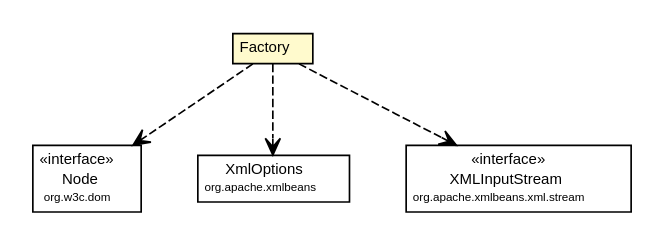
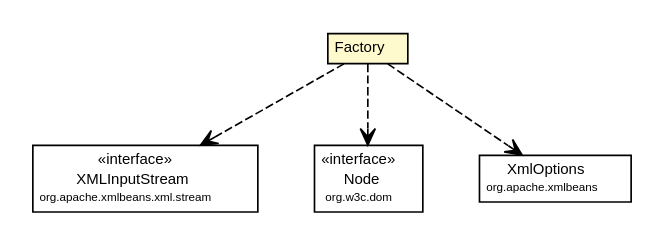
The diagram in site/apidocs/org/synchronoss/cpo/cassandra/cpoCassandraConfig/CtCredentials.Factory.dot (synchronoss/cpo-api), drawn with Graphviz before and after one commit. The commit also changed 874 other files, not shown here.

```diff
--- a/site/apidocs/org/synchronoss/cpo/cassandra/cpoCassandraConfig/CtCredentials.Factory.dot
+++ b/site/apidocs/org/synchronoss/cpo/cassandra/cpoCassandraConfig/CtCredentials.Factory.dot
@@ -1,45 +1,45 @@
 #!/usr/local/bin/dot
 #
 # Class diagram 
 # Generated by UmlGraph version 4.6 (http://www.spinellis.gr/sw/umlgraph)
 #
 
 digraph G {
 	edge [fontname="Helvetica",fontsize=10,labelfontname="Helvetica",labelfontsize=10];
 	node [fontname="Helvetica",fontsize=10,shape=plaintext];
 	// org.synchronoss.cpo.cassandra.cpoCassandraConfig.CtCredentials.Factory
 	c51012 [label=<<table border="0" cellborder="1" cellspacing="0" cellpadding="2" port="p" bgcolor="lemonChiffon" href="./CtCredentials.Factory.html">
 		<tr><td><table border="0" cellspacing="0" cellpadding="1">
 			<tr><td> Factory </td></tr>
 		</table></td></tr>
 		</table>>, fontname="Helvetica", fontcolor="black", fontsize=9.0];
+	// org.synchronoss.cpo.cassandra.cpoCassandraConfig.CtCredentials.Factory DEPEND org.apache.xmlbeans.xml.stream.XMLInputStream
+	c51012:p -> c51027:p [taillabel="", label="", headlabel="", fontname="Helvetica", fontcolor="black", fontsize=10.0, color="black", arrowhead=open, style=dashed];
 	// org.synchronoss.cpo.cassandra.cpoCassandraConfig.CtCredentials.Factory DEPEND org.w3c.dom.Node
-	c51012:p -> c51027:p [taillabel="", label="", headlabel="", fontname="Helvetica", fontcolor="black", fontsize=10.0, color="black", arrowhead=open, style=dashed];
+	c51012:p -> c51028:p [taillabel="", label="", headlabel="", fontname="Helvetica", fontcolor="black", fontsize=10.0, color="black", arrowhead=open, style=dashed];
 	// org.synchronoss.cpo.cassandra.cpoCassandraConfig.CtCredentials.Factory DEPEND org.apache.xmlbeans.XmlOptions
-	c51012:p -> c51028:p [taillabel="", label="", headlabel="", fontname="Helvetica", fontcolor="black", fontsize=10.0, color="black", arrowhead=open, style=dashed];
-	// org.synchronoss.cpo.cassandra.cpoCassandraConfig.CtCredentials.Factory DEPEND org.apache.xmlbeans.xml.stream.XMLInputStream
 	c51012:p -> c51029:p [taillabel="", label="", headlabel="", fontname="Helvetica", fontcolor="black", fontsize=10.0, color="black", arrowhead=open, style=dashed];
 	// org.apache.xmlbeans.xml.stream.XMLInputStream
-	c51029 [label=<<table border="0" cellborder="1" cellspacing="0" cellpadding="2" port="p" href="http://java.sun.com/j2se/1.4.2/docs/api/org/apache/xmlbeans/xml/stream/XMLInputStream.html">
+	c51027 [label=<<table border="0" cellborder="1" cellspacing="0" cellpadding="2" port="p" href="http://java.sun.com/j2se/1.4.2/docs/api/org/apache/xmlbeans/xml/stream/XMLInputStream.html">
 		<tr><td><table border="0" cellspacing="0" cellpadding="1">
 			<tr><td> &laquo;interface&raquo; </td></tr>
 			<tr><td> XMLInputStream </td></tr>
 			<tr><td><font point-size="7.0"> org.apache.xmlbeans.xml.stream </font></td></tr>
 		</table></td></tr>
 		</table>>, fontname="Helvetica", fontcolor="black", fontsize=9.0];
 	// org.apache.xmlbeans.XmlOptions
-	c51028 [label=<<table border="0" cellborder="1" cellspacing="0" cellpadding="2" port="p" href="http://java.sun.com/j2se/1.4.2/docs/api/org/apache/xmlbeans/XmlOptions.html">
+	c51029 [label=<<table border="0" cellborder="1" cellspacing="0" cellpadding="2" port="p" href="http://java.sun.com/j2se/1.4.2/docs/api/org/apache/xmlbeans/XmlOptions.html">
 		<tr><td><table border="0" cellspacing="0" cellpadding="1">
 			<tr><td> XmlOptions </td></tr>
 			<tr><td><font point-size="7.0"> org.apache.xmlbeans </font></td></tr>
 		</table></td></tr>
 		</table>>, fontname="Helvetica", fontcolor="black", fontsize=9.0];
 	// org.w3c.dom.Node
-	c51027 [label=<<table border="0" cellborder="1" cellspacing="0" cellpadding="2" port="p" href="http://java.sun.com/j2se/1.4.2/docs/api/org/w3c/dom/Node.html">
+	c51028 [label=<<table border="0" cellborder="1" cellspacing="0" cellpadding="2" port="p" href="http://java.sun.com/j2se/1.4.2/docs/api/org/w3c/dom/Node.html">
 		<tr><td><table border="0" cellspacing="0" cellpadding="1">
 			<tr><td> &laquo;interface&raquo; </td></tr>
 			<tr><td> Node </td></tr>
 			<tr><td><font point-size="7.0"> org.w3c.dom </font></td></tr>
 		</table></td></tr>
 		</table>>, fontname="Helvetica", fontcolor="black", fontsize=9.0];
 }
```
